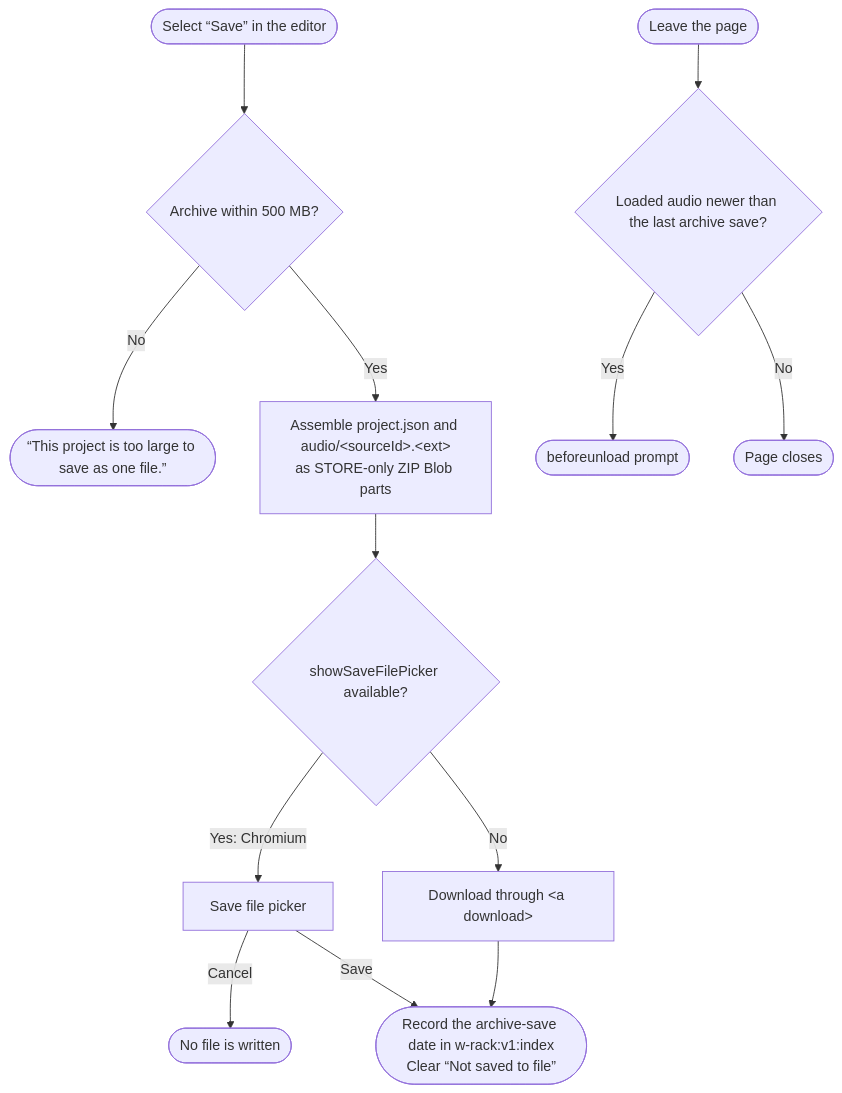
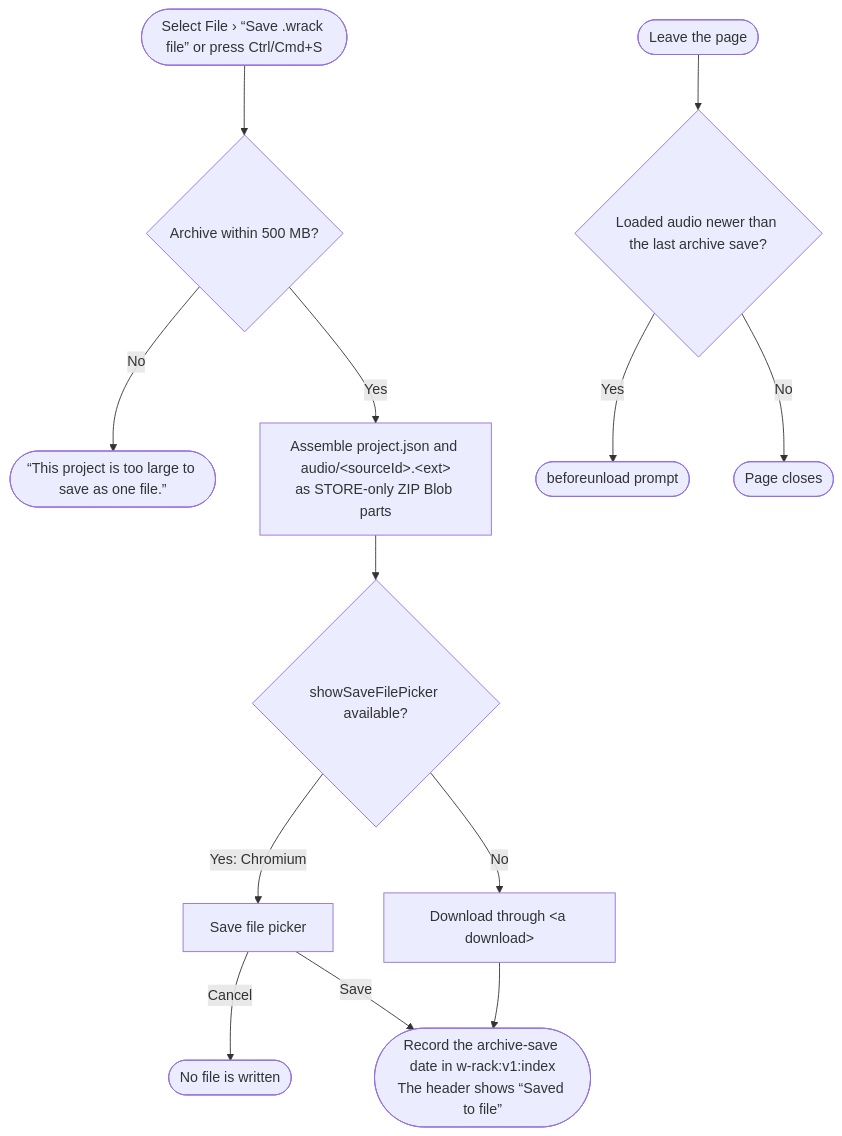
The eighth of 10 diagrams in README.md (victor-almaraz/mpcs-51238-assignment-3), drawn with Mermaid before and after one commit. The commit also changed other lines of this file and 26 other files, not shown here.

````diff
--- a/README.md
+++ b/README.md
@@ -182,16 +184,16 @@
 ```mermaid
 flowchart TD
-  sw_start(["Select “Save” in the editor"]) --> sw_size{"Archive within 500 MB?"}
+  sw_start(["Select File › “Save .wrack file” or press Ctrl/Cmd+S"]) --> sw_size{"Archive within 500 MB?"}
   sw_size -->|"No"| sw_big(["“This project is too large to save as one file.”"])
   sw_size -->|"Yes"| sw_build["Assemble project.json and audio/#lt;sourceId#gt;.#lt;ext#gt;<br/>as STORE-only ZIP Blob parts"]
   sw_build --> sw_fsa{"showSaveFilePicker available?"}
   sw_fsa -->|"Yes: Chromium"| sw_picker["Save file picker"]
   sw_fsa -->|"No"| sw_anchor["Download through #lt;a download#gt;"]
   sw_picker -->|"Cancel"| sw_cancel(["No file is written"])
   sw_picker -->|"Save"| sw_mark
-  sw_anchor --> sw_mark(["Record the archive-save date in w-rack:v1:index<br/>Clear “Not saved to file”"])
+  sw_anchor --> sw_mark(["Record the archive-save date in w-rack:v1:index<br/>The header shows “Saved to file”"])
 
   sw_leave(["Leave the page"]) --> sw_newer{"Loaded audio newer than the last archive save?"}
   sw_newer -->|"Yes"| sw_prompt(["beforeunload prompt"])
   sw_newer -->|"No"| sw_exit(["Page closes"])
 ```
````
